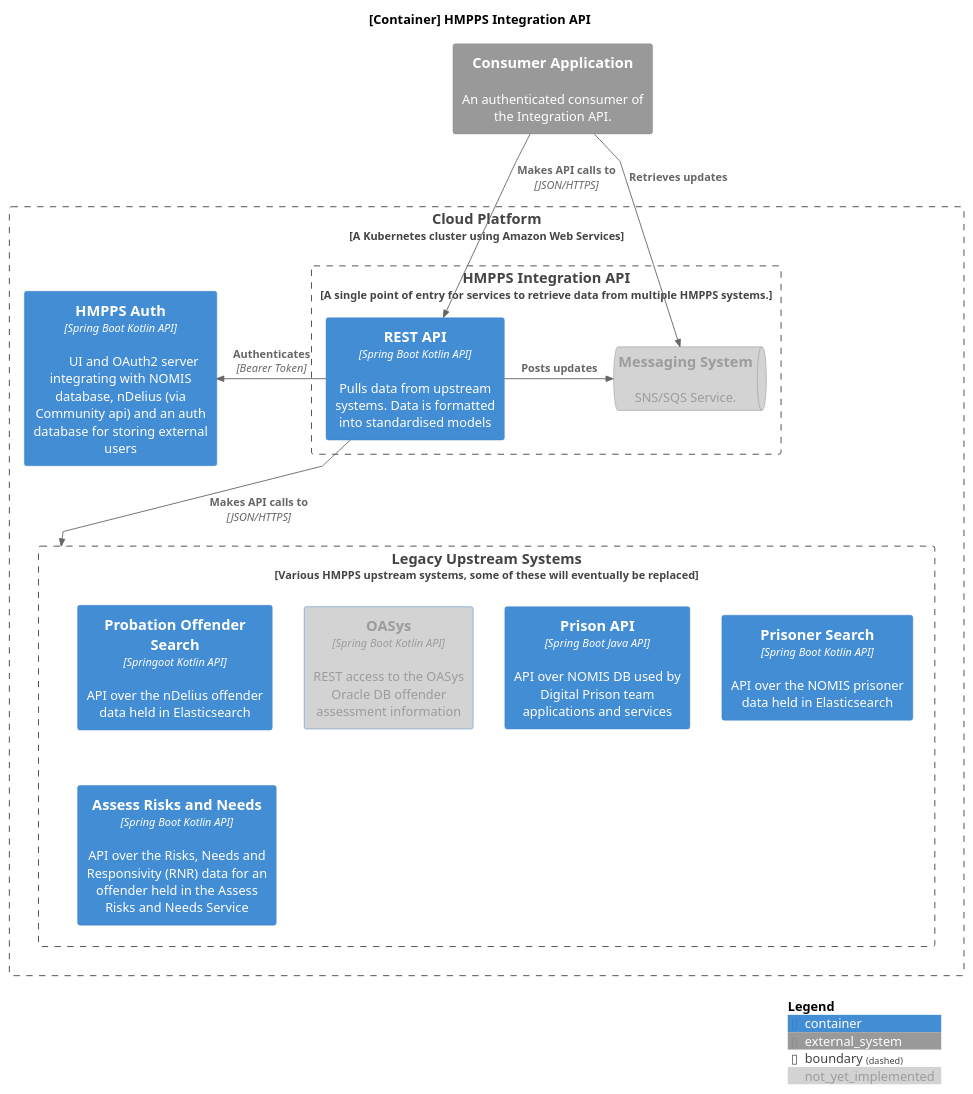
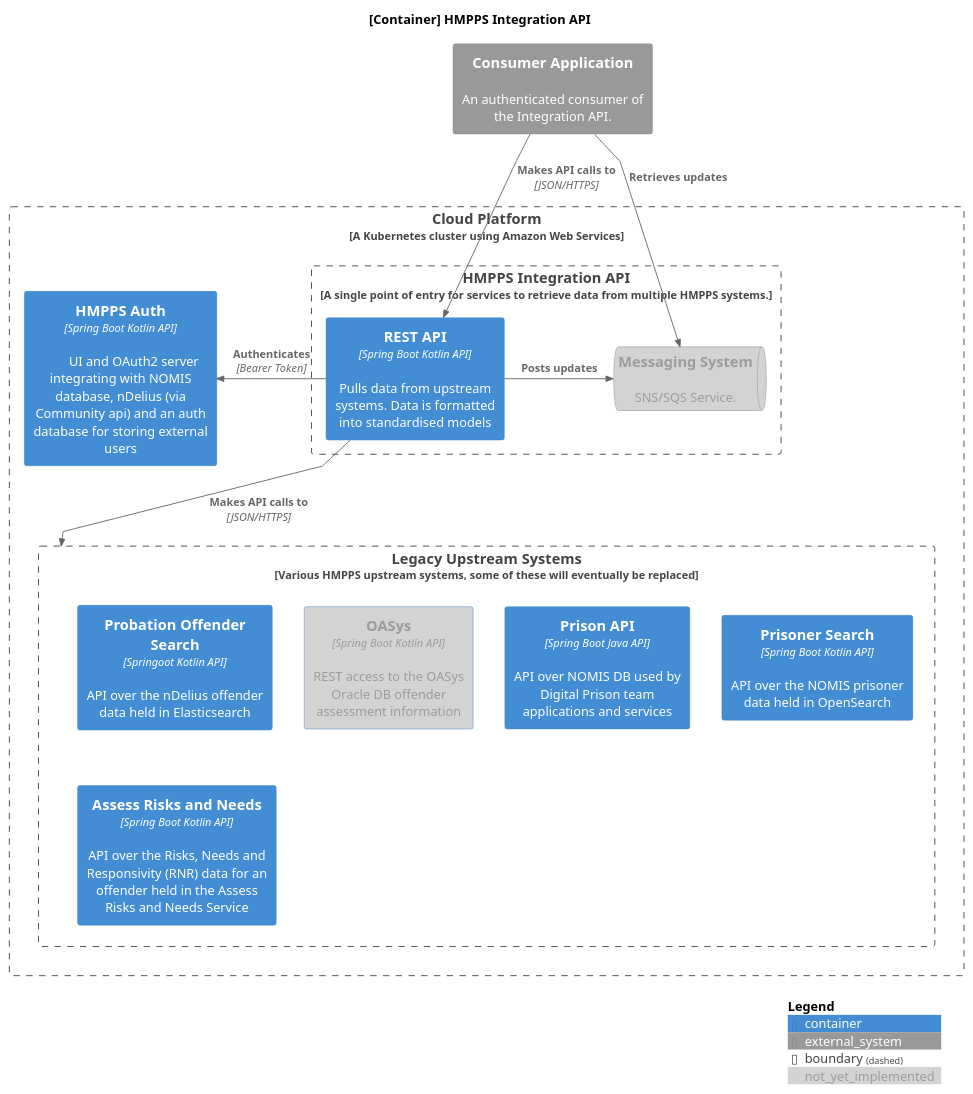
Before and after one commit to ministryofjustice/hmpps-integration-api: the diagram in docs/diagrams/container.puml, drawn with PlantUML.

Commit message:
Fix description for Prisoner Search in container diagram

```diff
--- a/docs/diagrams/container.puml
+++ b/docs/diagrams/container.puml
@@ -1,39 +1,39 @@
 @startuml container
 
 !include https://raw.githubusercontent.com/plantuml-stdlib/C4-PlantUML/master/C4_Container.puml
 
 skinparam linetype polyline
 
 title [Container] HMPPS Integration API
 
 AddElementTag("not_yet_implemented", $bgColor="#D3D3D3", $fontColor="#9C9C9C")
 
 System_Ext(consumer, "Consumer Application", "An authenticated consumer of the Integration API.")
 
 Boundary(aws_cloudplatform, "Cloud Platform", "A Kubernetes cluster using Amazon Web Services", $link="https://user-guide.cloud-platform.service.justice.gov.uk/documentation/concepts/cp-tech-overview.html") {
     Boundary(hmpps_integration_api, "HMPPS Integration API", "A single point of entry for services to retrieve data from multiple HMPPS systems."){
         Container(spring_boot_api, "REST API", "Spring Boot Kotlin API", "Pulls data from upstream systems. Data is formatted into standardised models", $link="https://github.com/ministryofjustice/hmpps-integration-api")
         SystemQueue_Ext(messaging, "Messaging System", "SNS/SQS Service.",$tags="not_yet_implemented")
     }
 
     Container(hmpps_auth, "HMPPS Auth", "Spring Boot Kotlin API", "	UI and OAuth2 server integrating with NOMIS database, nDelius (via Community api) and an auth database for storing external users", $link="https://github.com/ministryofjustice/hmpps-auth")
 
     Boundary(upstream, "Legacy Upstream Systems", "Various HMPPS upstream systems, some of these will eventually be replaced"){
         Container(prison_api, "Prison API", "Spring Boot Java API", "API over NOMIS DB used by Digital Prison team applications and services", $link="https://github.com/ministryofjustice/prison-api")
         Container(probation_offender_search, "Probation Offender Search", "Springoot Kotlin API", "API over the nDelius offender data held in Elasticsearch", $link="https://probation-offender-search-dev.hmpps.service.justice.gov.uk/swagger-ui/index.html")
-        Container(prisoner_search, "Prisoner Search", "Spring Boot Kotlin API", "API over the NOMIS prisoner data held in Elasticsearch", $link="https://github.com/ministryofjustice/hmpps-prisoner-search")
+        Container(prisoner_search, "Prisoner Search", "Spring Boot Kotlin API", "API over the NOMIS prisoner data held in OpenSearch", $link="https://github.com/ministryofjustice/hmpps-prisoner-search")
         Container(oasys, "OASys", "Spring Boot Kotlin API", "REST access to the OASys Oracle DB offender assessment information", $link="https://github.com/ministryofjustice/offender-assessments-api-kotlin", $tags="not_yet_implemented")
         Container(oasys_arn, "Assess Risks and Needs", "Spring Boot Kotlin API", "API over the Risks, Needs and Responsivity (RNR) data for an offender held in the Assess Risks and Needs Service", $link="https://github.com/ministryofjustice/hmpps-assess-risks-and-needs")
         Lay_L(prisoner_search, prison_api)
     }
 }
 
 Rel(consumer, spring_boot_api, "Makes API calls to", "JSON/HTTPS")
 Rel(consumer, messaging, "Retrieves updates")
 Rel_Right(spring_boot_api, messaging, "Posts updates")
 Rel_Right(spring_boot_api, hmpps_auth, "Authenticates", "Bearer Token")
 Rel_Down(spring_boot_api, upstream, "Makes API calls to", "JSON/HTTPS")
 
 SHOW_DYNAMIC_LEGEND()
 
 @enduml
```
